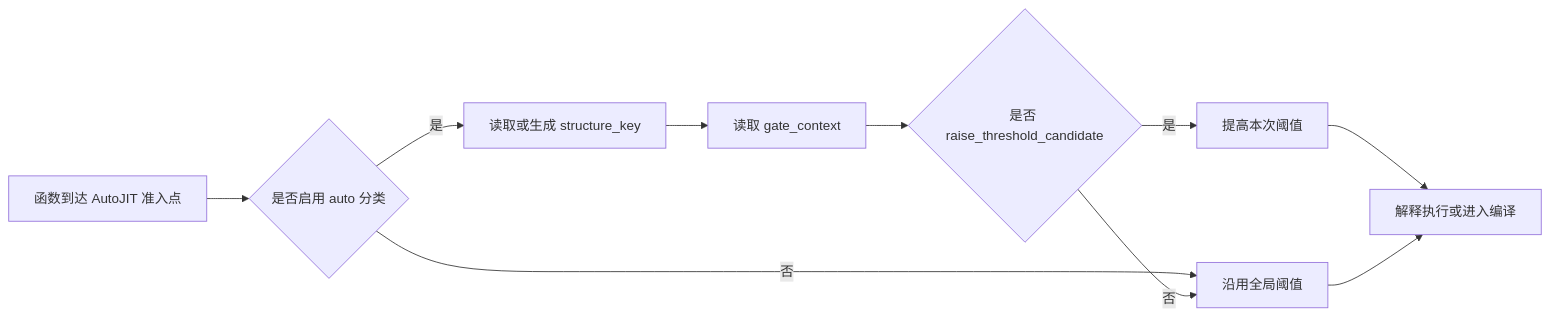
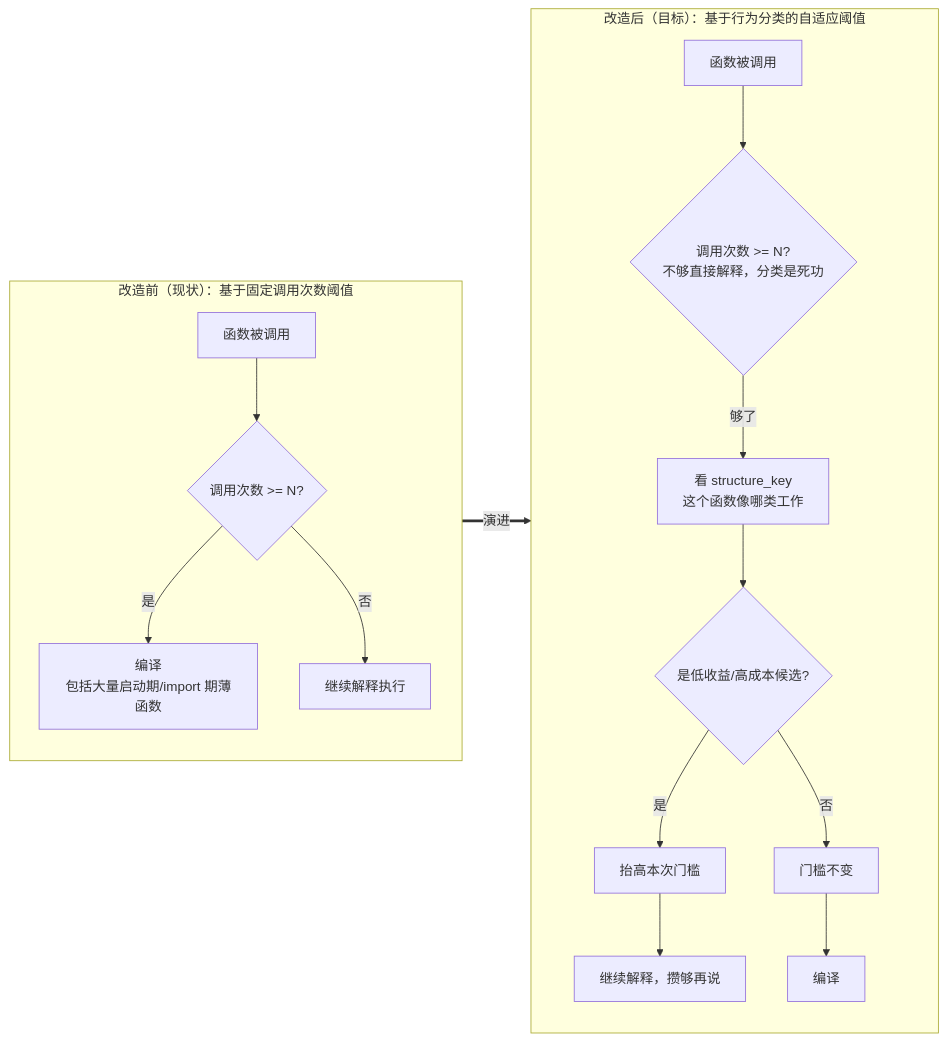
The first of 9 diagrams in docs/design/autojit-behavior-classification/【功能设计】AutoJIT 行为模式分类.md (Cookie4Cat/cinderx-dev), drawn with Mermaid before and after one commit. The commit also changed other lines of this file, not shown here.

First line of the commit message:
docs(jit): rewrite AutoJIT behavior classification design doc for readability

````diff
--- a/docs/design/autojit-behavior-classification/【功能设计】AutoJIT 行为模式分类.md
+++ b/docs/design/autojit-behavior-classification/【功能设计】AutoJIT 行为模式分类.md
@@ -110,12 +46,18 @@
 ```mermaid
 flowchart LR
-  A[函数到达 AutoJIT 准入点] --> B{是否启用 auto 分类}
-  B -- 否 --> G[沿用全局阈值]
-  B -- 是 --> C[读取或生成 structure_key]
-  C --> D[读取 gate_context]
-  D --> E{是否 raise_threshold_candidate}
-  E -- 是 --> F[提高本次阈值]
-  E -- 否 --> G
-  F --> H[解释执行或进入编译]
-  G --> H
+  subgraph Before["改造前（现状）：基于固定调用次数阈值"]
+    A1[函数被调用] --> A2{调用次数 >= N?}
+    A2 -- 是 --> A3[编译<br/>包括大量启动期/import 期薄函数]
+    A2 -- 否 --> A4[继续解释执行]
+  end
+  Before == "演进" ==> After
+  subgraph After["改造后（目标）：基于行为分类的自适应阈值"]
+    B1[函数被调用] --> B2{调用次数 >= N?<br/>不够直接解释，分类是死功}
+    B2 -- 够了 --> B3[看 structure_key<br/>这个函数像哪类工作]
+    B3 --> B4{是低收益/高成本候选?}
+    B4 -- 是 --> B5[抬高本次门槛]
+    B4 -- 否 --> B6[门槛不变]
+    B5 --> B7[继续解释，攒够再说]
+    B6 --> B8[编译]
+  end
 ```
````
